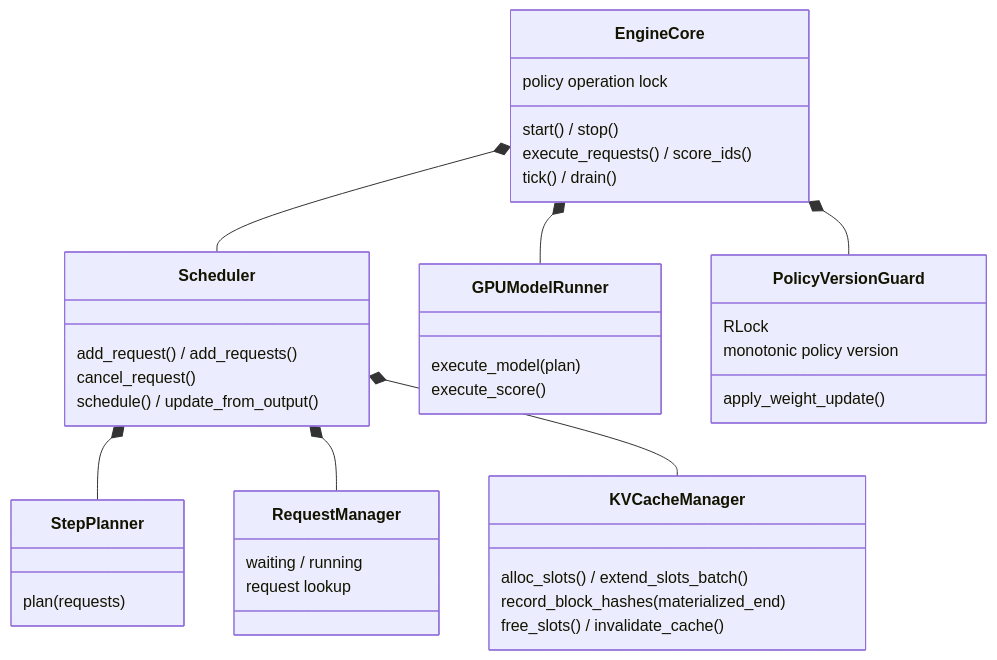
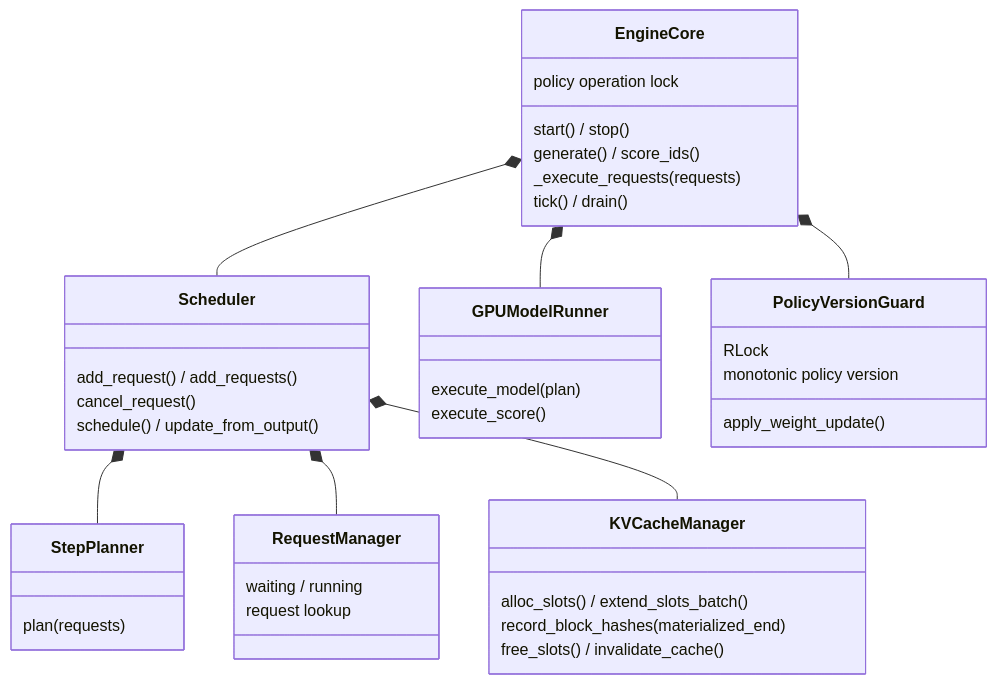
The diagram in docs/developer/inference/core.md (ViperEkura/KHAOSZ), drawn with Mermaid before and after one commit. The commit also changed other lines of this file and 22 other files, not shown here.

````diff
--- a/docs/developer/inference/core.md
+++ b/docs/developer/inference/core.md
@@ -16,43 +16,44 @@
 ```mermaid
 classDiagram
     direction TB
     class EngineCore {
         start() / stop()
-        execute_requests() / score_ids()
+        generate() / score_ids()
+        _execute_requests(requests)
         tick() / drain()
         policy operation lock
     }
     class Scheduler {
         add_request() / add_requests()
         cancel_request()
         schedule() / update_from_output()
     }
     class StepPlanner {
         plan(requests)
     }
     class GPUModelRunner {
         execute_model(plan)
         execute_score()
     }
     class RequestManager {
         waiting / running
         request lookup
     }
     class KVCacheManager {
         alloc_slots() / extend_slots_batch()
         record_block_hashes(materialized_end)
         free_slots() / invalidate_cache()
     }
     class PolicyVersionGuard {
         RLock
         monotonic policy version
         apply_weight_update()
     }
 
     EngineCore *-- Scheduler
     EngineCore *-- GPUModelRunner
     EngineCore *-- PolicyVersionGuard
     Scheduler *-- StepPlanner
     Scheduler *-- RequestManager
     Scheduler *-- KVCacheManager
 ```
````
